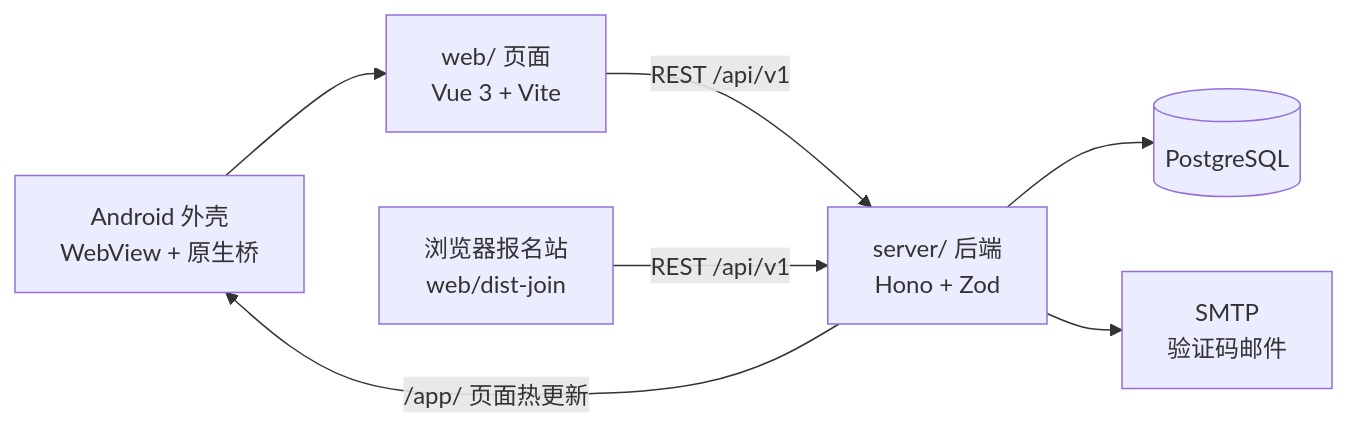
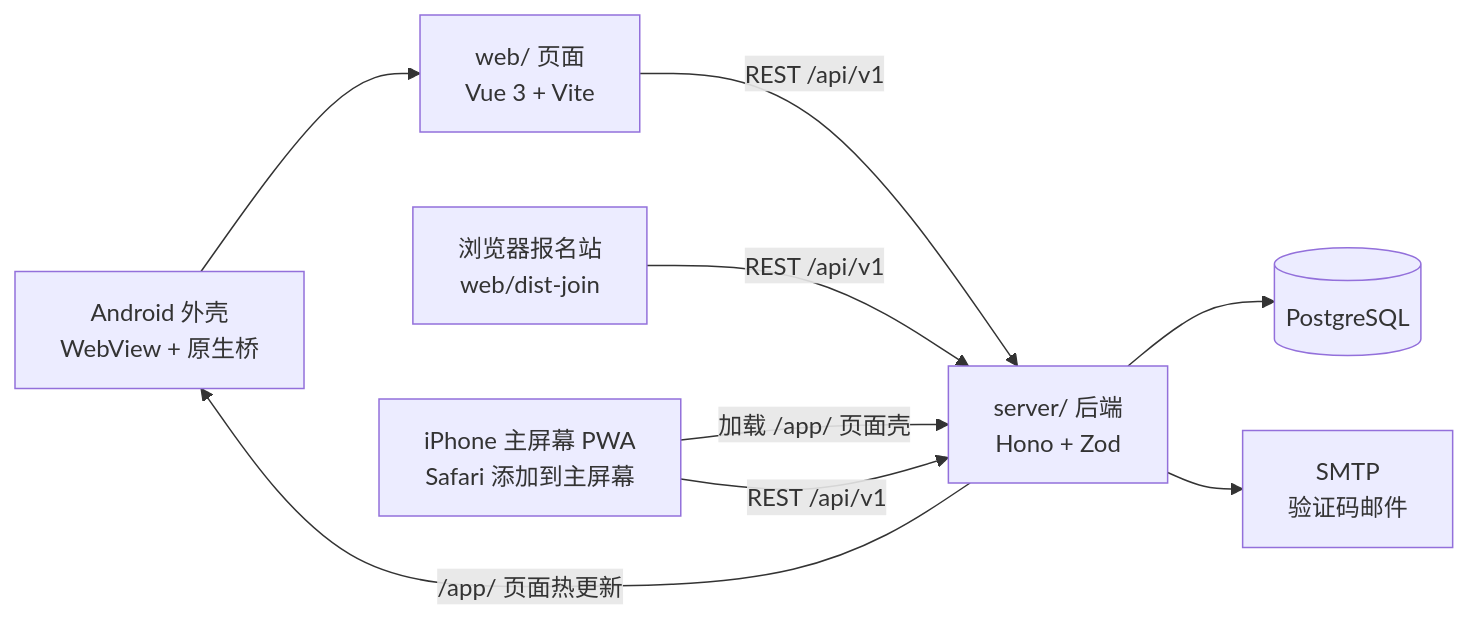
The diagram in README.md (Blathroat/calMobile), drawn with Mermaid before and after one commit. The commit also changed other lines of this file and 56 other files, not shown here.

Commit message:
支持 iPhone PWA 安装与浏览器设备能力

````diff
--- a/README.md
+++ b/README.md
@@ -22,9 +23,11 @@
 ```mermaid
 flowchart LR
   A[Android 外壳<br/>WebView + 原生桥] --> B[web/ 页面<br/>Vue 3 + Vite]
   B -->|REST /api/v1| C[server/ 后端<br/>Hono + Zod]
   C --> D[(PostgreSQL)]
   C --> E[SMTP<br/>验证码邮件]
   J[浏览器报名站<br/>web/dist-join] -->|REST /api/v1| C
   C -->|/app/ 页面热更新| A
+  I[iPhone 主屏幕 PWA<br/>Safari 添加到主屏幕] -->|加载 /app/ 页面壳| C
+  I -->|REST /api/v1| C
 ```
````
